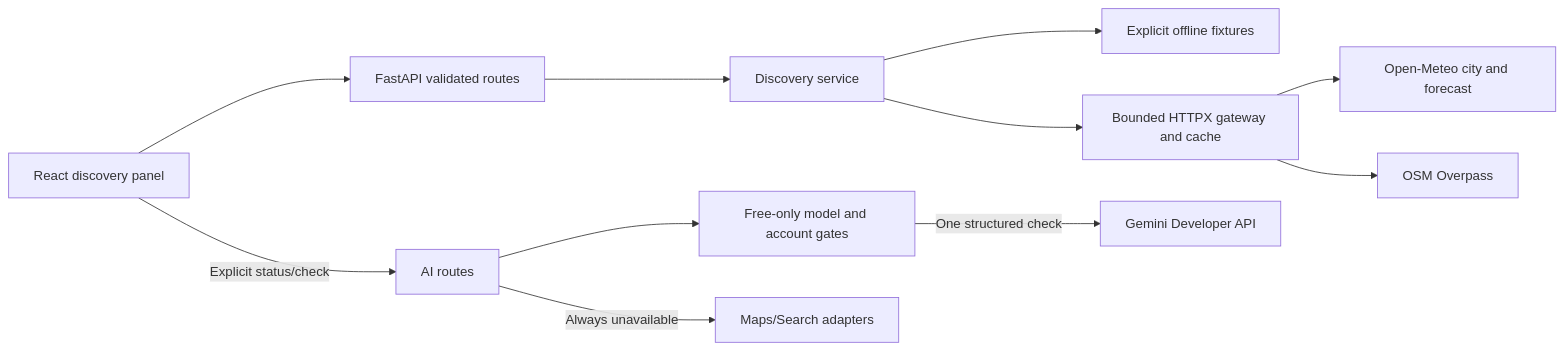
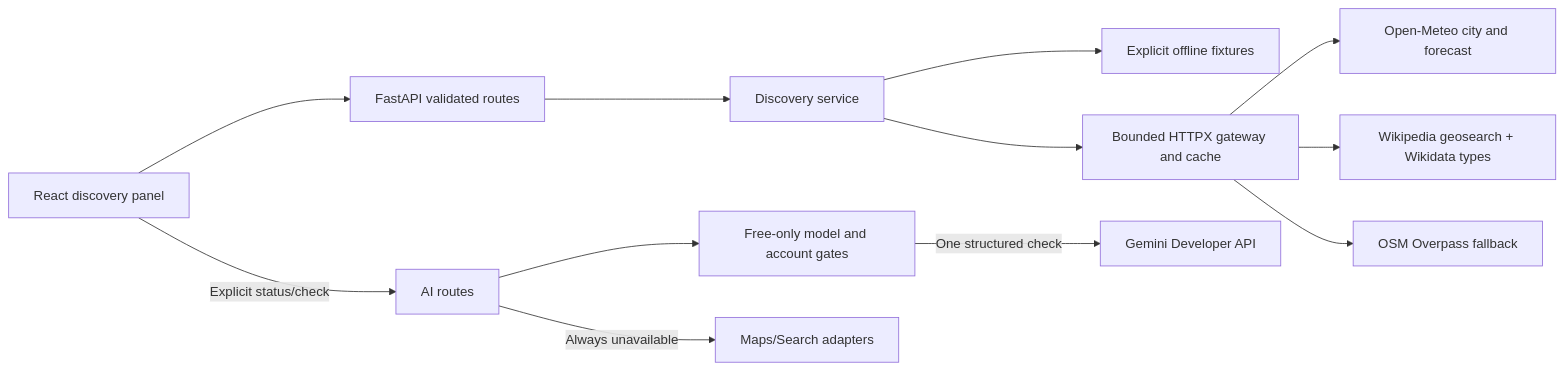
One commit to TugraDagdelen/ai-travel-planner changed the diagram in docs/architecture.md. Above: the diagram before and after it, drawn with Mermaid. The commit also changed other lines of this file and 18 other files, not shown here.

````diff
--- a/docs/architecture.md
+++ b/docs/architecture.md
@@ -3,13 +3,14 @@
 ```mermaid
 flowchart LR
     UI[React discovery panel] --> API[FastAPI validated routes]
     API --> Service[Discovery service]
     Service --> Demo[Explicit offline fixtures]
     Service --> Gateway[Bounded HTTPX gateway and cache]
     Gateway --> Meteo[Open-Meteo city and forecast]
-    Gateway --> OSM[OSM Overpass]
+    Gateway --> Wiki[Wikipedia geosearch + Wikidata types]
+    Gateway --> OSM[OSM Overpass fallback]
     UI -->|Explicit status/check| AIAPI[AI routes]
     AIAPI --> Gate[Free-only model and account gates]
     Gate -->|One structured check| Gemini[Gemini Developer API]
     AIAPI -->|Always unavailable| Grounding[Maps/Search adapters]
 ```
````
